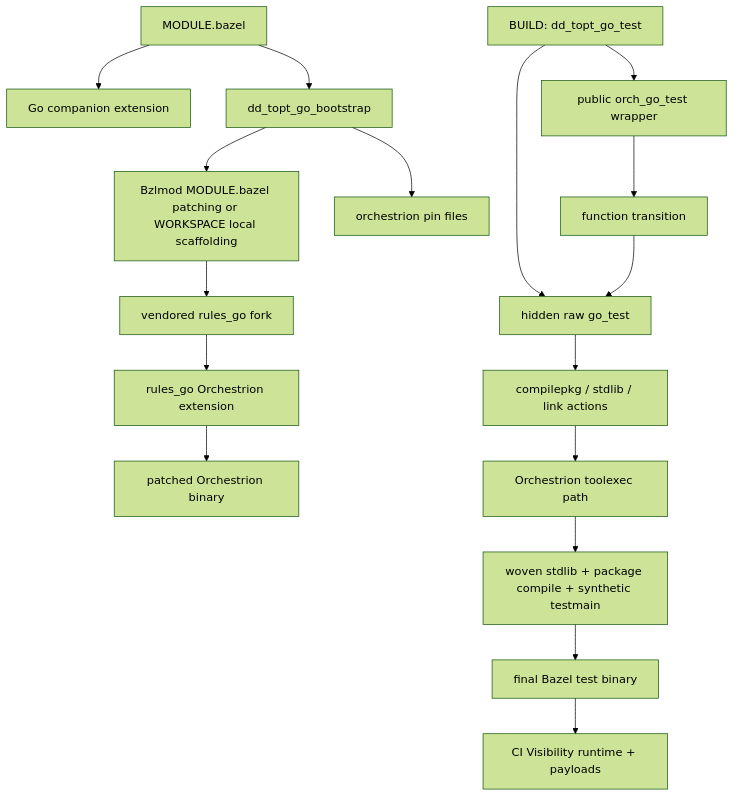
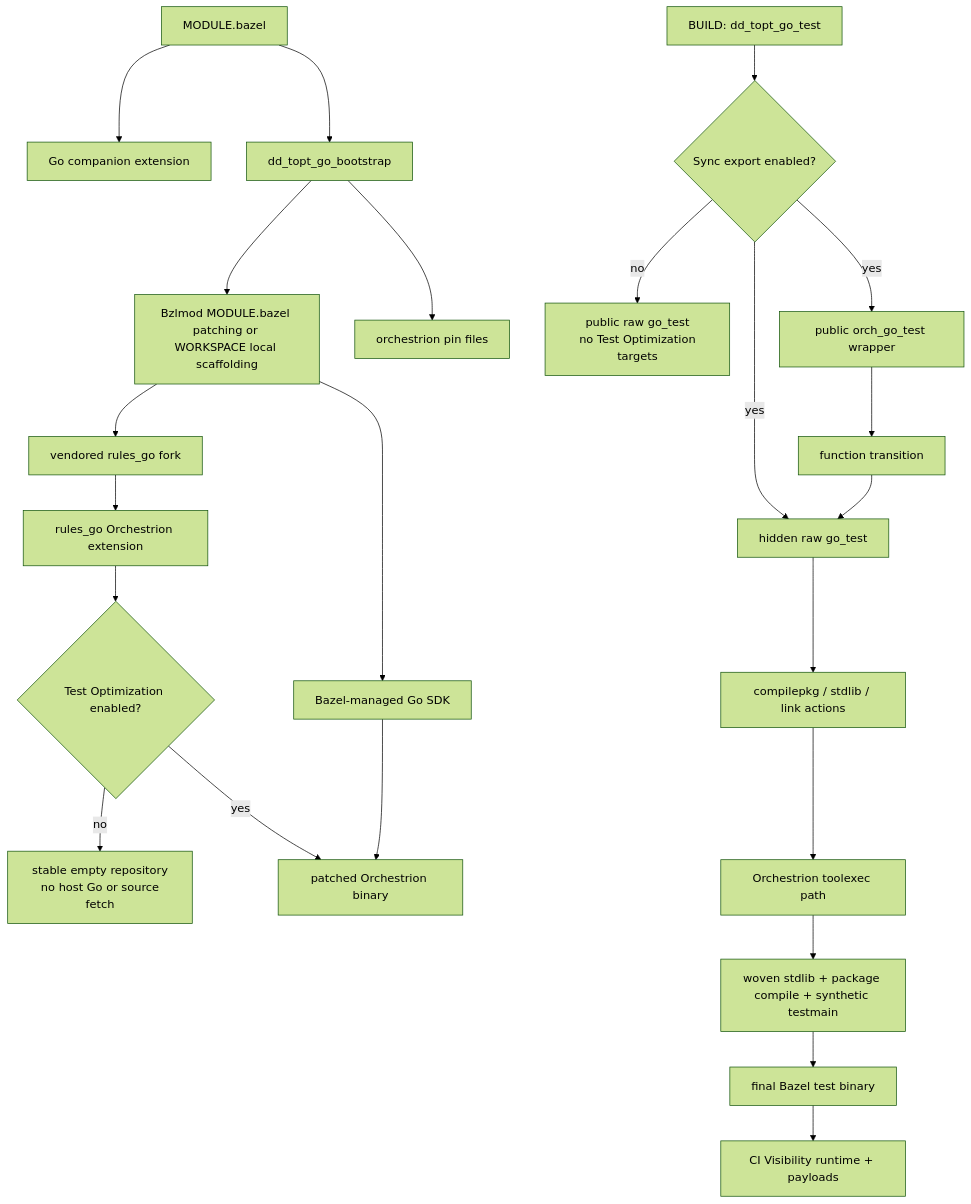
One commit to DataDog/rules_test_optimization changed the first of 3 diagrams in docs/go_orchestrion_bazel_deep_dive.md. Above: the diagram before and after it, drawn with Mermaid (forest theme). The commit also changed other lines of this file and 1227 other files, not shown here.

````diff
--- a/docs/go_orchestrion_bazel_deep_dive.md
+++ b/docs/go_orchestrion_bazel_deep_dive.md
@@ -110,21 +112,27 @@
 ```mermaid
 flowchart TD
     A[MODULE.bazel] --> B[Go companion extension]
     A --> C[dd_topt_go_bootstrap]
     C --> D[Bzlmod MODULE.bazel patching or WORKSPACE local scaffolding]
     C --> E[orchestrion pin files]
     D --> F[vendored rules_go fork]
+    D --> W[Bazel-managed Go SDK]
     F --> G[rules_go Orchestrion extension]
-    G --> H[patched Orchestrion binary]
+    G --> U{Test Optimization enabled?}
+    U -->|no| V[stable empty repository\n no host Go or source fetch]
+    U -->|yes| H[patched Orchestrion binary]
+    W --> H
 
-    I[BUILD: dd_topt_go_test] --> J[hidden raw go_test]
-    I --> K[public orch_go_test wrapper]
+    I[BUILD: dd_topt_go_test] --> R{Sync export enabled?}
+    R -->|no| S[public raw go_test\n no Test Optimization targets]
+    R -->|yes| J[hidden raw go_test]
+    R -->|yes| K[public orch_go_test wrapper]
     K --> L[function transition]
     L --> J
 
     J --> M[compilepkg / stdlib / link actions]
     M --> N[Orchestrion toolexec path]
     N --> O[woven stdlib + package compile + synthetic testmain]
     O --> P[final Bazel test binary]
     P --> Q[CI Visibility runtime + payloads]
 ```
````
